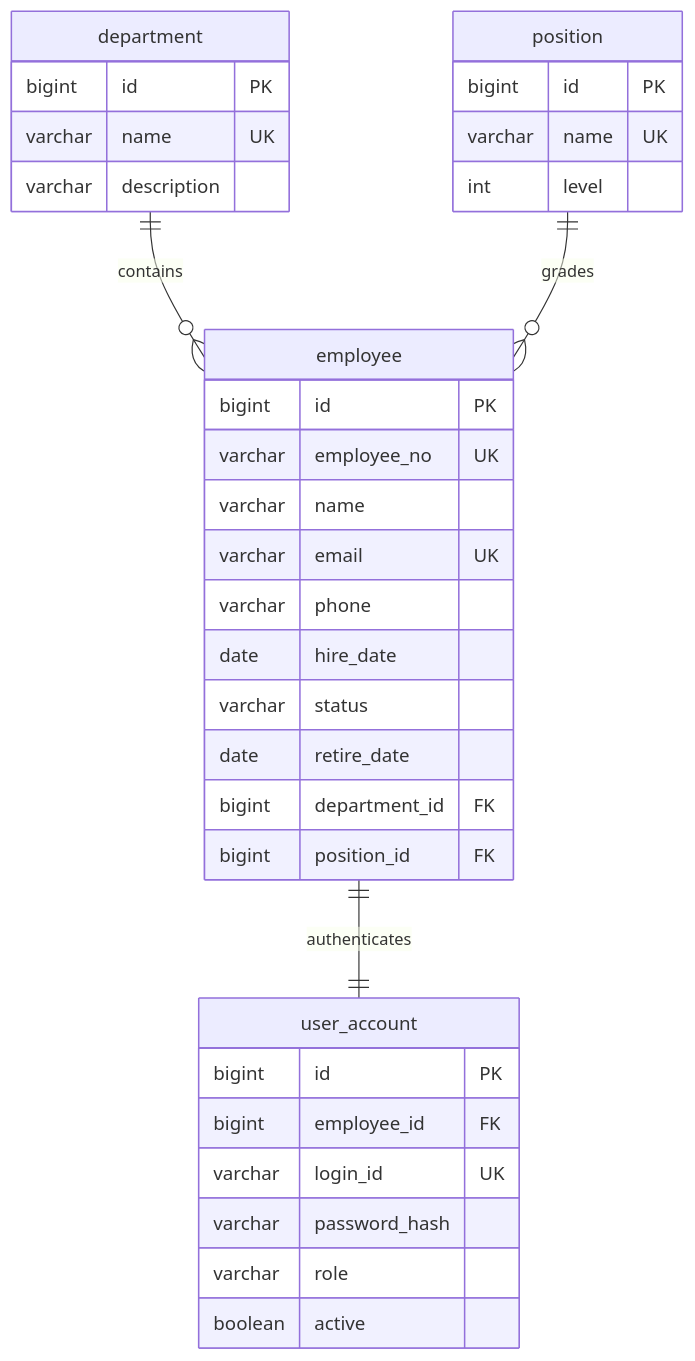
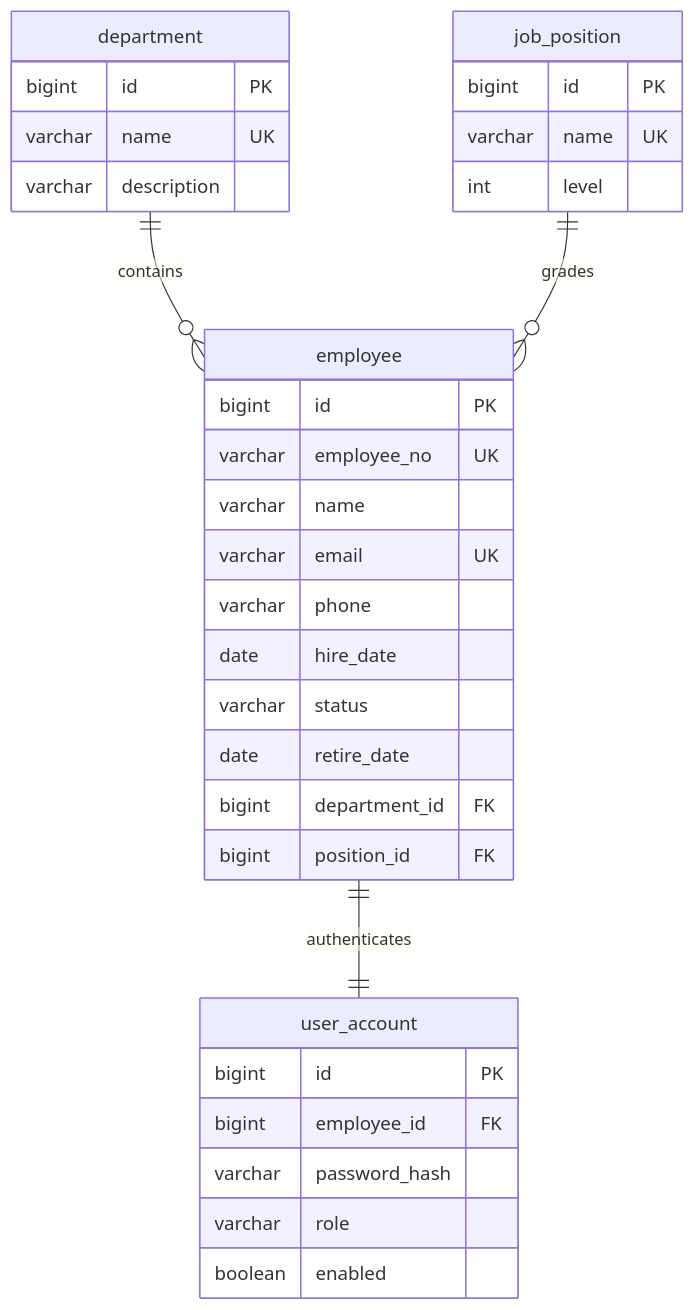
One commit to MaoEmong/ems-ai-team-portfolio changed the second of 2 diagrams in docs/02-architecture.md. Above: the diagram before and after it, drawn with Mermaid. The commit also changed other lines of this file and 12 other files, not shown here.

````diff
--- a/docs/02-architecture.md
+++ b/docs/02-architecture.md
@@ -21,36 +21,35 @@
 ```mermaid
 erDiagram
   department ||--o{ employee : contains
-  position ||--o{ employee : grades
+  job_position ||--o{ employee : grades
   employee ||--|| user_account : authenticates
   department {
     bigint id PK
     varchar name UK
     varchar description
   }
-  position {
+  job_position {
     bigint id PK
     varchar name UK
     int level
   }
   employee {
     bigint id PK
     varchar employee_no UK
     varchar name
     varchar email UK
     varchar phone
     date hire_date
     varchar status
     date retire_date
     bigint department_id FK
     bigint position_id FK
   }
   user_account {
     bigint id PK
     bigint employee_id FK
-    varchar login_id UK
     varchar password_hash
     varchar role
-    boolean active
+    boolean enabled
   }
 ```
````
